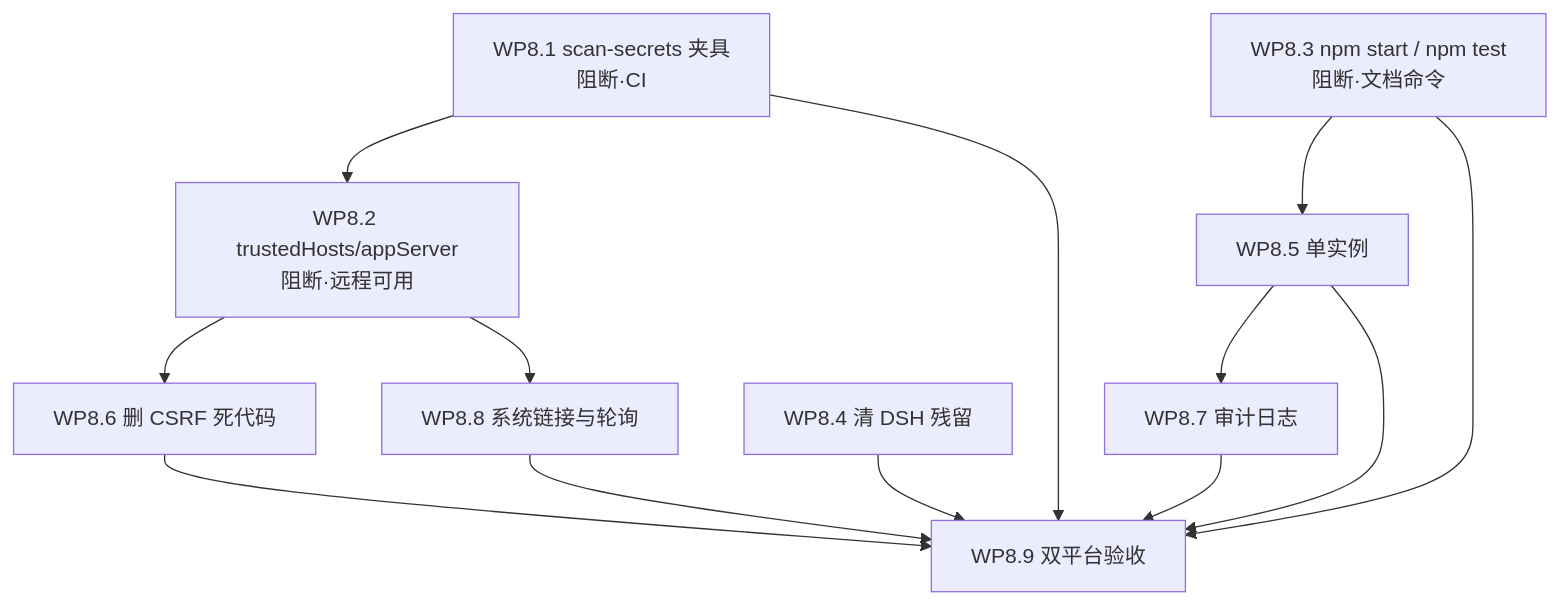
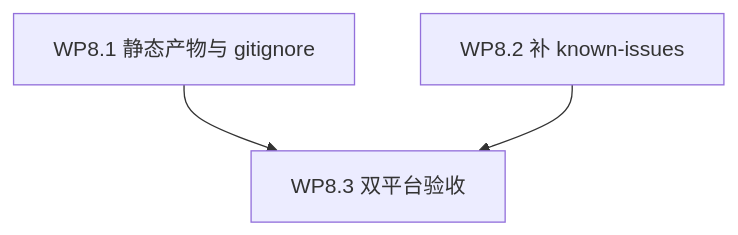
The diagram in docs/task-plan.md (alicia1030su/ai-debate), drawn with Mermaid before and after one commit. The commit also changed other lines of this file and 22 other files, not shown here.

Commit message:
fix: single-instance guard, real npm start entry, drop dead CSRF plumbing

````diff
--- a/docs/task-plan.md
+++ b/docs/task-plan.md
@@ -140,16 +82,5 @@
 ```mermaid
 graph TD
-  WP81[WP8.1 scan-secrets 夹具<br/>阻断·CI] --> WP82[WP8.2 trustedHosts/appServer<br/>阻断·远程可用]
-  WP81 --> WP89[WP8.9 双平台验收]
-  WP82 --> WP86[WP8.6 删 CSRF 死代码]
-  WP82 --> WP88[WP8.8 系统链接与轮询]
-  WP83[WP8.3 npm start / npm test<br/>阻断·文档命令] --> WP85[WP8.5 单实例]
-  WP83 --> WP89
-  WP84[WP8.4 清 DSH 残留]
-  WP84 --> WP89
-  WP85 --> WP87[WP8.7 审计日志]
-  WP85 --> WP89
-  WP86 --> WP89
-  WP87 --> WP89
-  WP88 --> WP89
+  WP81[WP8.1 静态产物与 gitignore] --> WP83[WP8.3 双平台验收]
+  WP82[WP8.2 补 known-issues] --> WP83
 ```
````
